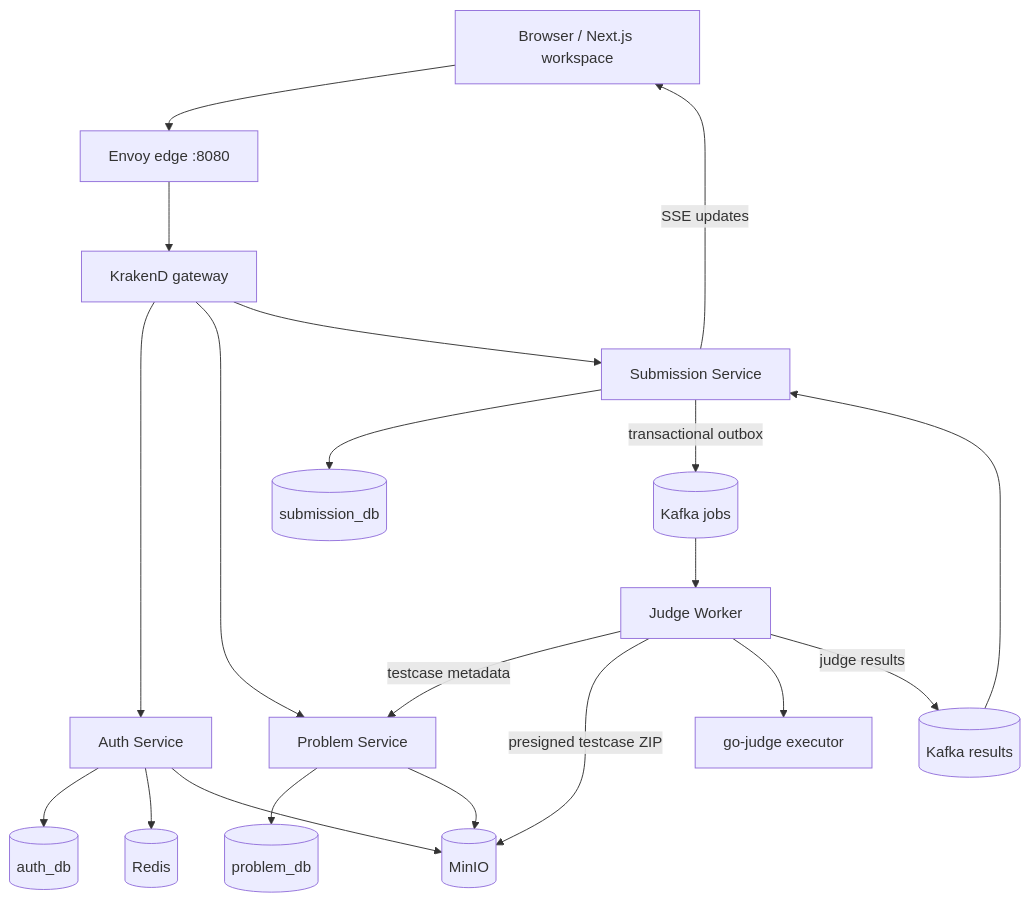
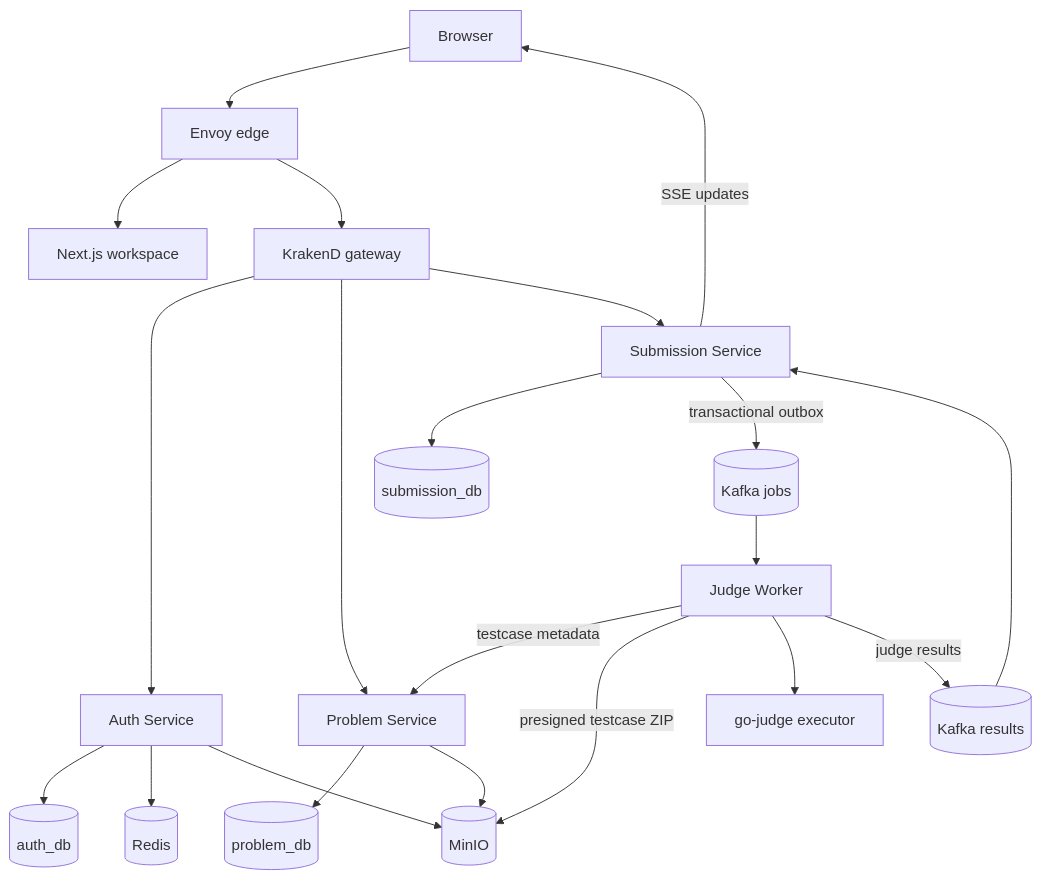
One commit to nvawntien/go-judge-system changed the diagram in README.md. Above: the diagram before and after it, drawn with Mermaid. The commit also changed other lines of this file and 29 other files, not shown here.

````diff
--- a/README.md
+++ b/README.md
@@ -40,25 +40,26 @@
 ```mermaid
 flowchart TB
-  browser[Browser / Next.js workspace] --> edge[Envoy edge :8080]
+  browser[Browser] --> edge[Envoy edge]
+  edge --> website[Next.js workspace]
   edge --> gateway[KrakenD gateway]
 
   gateway --> auth[Auth Service]
   gateway --> problem[Problem Service]
   gateway --> submission[Submission Service]
 
   auth --> authdb[(auth_db)]
   auth --> redis[(Redis)]
   auth --> minio[(MinIO)]
   problem --> problemdb[(problem_db)]
   problem --> minio
   submission --> submissiondb[(submission_db)]
 
   submission -->|transactional outbox| jobs[(Kafka jobs)]
   jobs --> worker[Judge Worker]
   worker -->|testcase metadata| problem
   worker -->|presigned testcase ZIP| minio
   worker --> executor[go-judge executor]
   worker -->|judge results| results[(Kafka results)]
   results --> submission
   submission -->|SSE updates| browser
 ```
````
